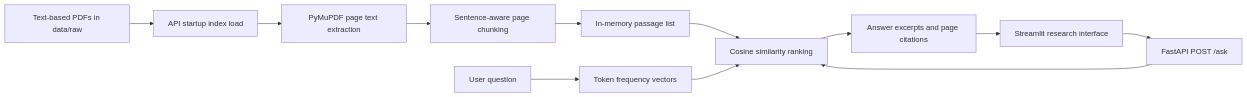
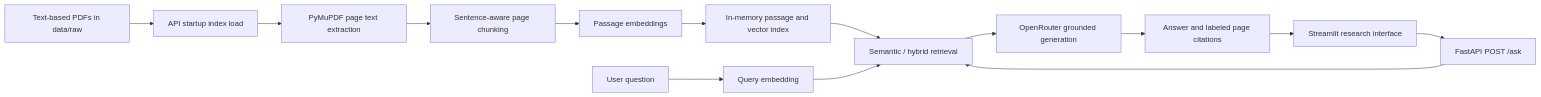
One commit to Nirrmitt/niyam-regulatory-intelligence changed the diagram in README.md. Above: the diagram before and after it, drawn with Mermaid. The commit also changed other lines of this file and 10 other files, not shown here.

````diff
--- a/README.md
+++ b/README.md
@@ -49,14 +50,16 @@
 ```mermaid
 flowchart LR
     PDF[Text-based PDFs in data/raw] --> START[API startup index load]
     START --> EXTRACT[PyMuPDF page text extraction]
     EXTRACT --> SPLIT[Sentence-aware page chunking]
-    SPLIT --> MEM[In-memory passage list]
-    Q[User question] --> TERMS[Token frequency vectors]
-    MEM --> COS[Cosine similarity ranking]
-    TERMS --> COS
-    COS --> RESP[Answer excerpts and page citations]
+    SPLIT --> EMBED[Passage embeddings]
+    EMBED --> MEM[In-memory passage and vector index]
+    Q[User question] --> QEMBED[Query embedding]
+    MEM --> RETRIEVE[Semantic / hybrid retrieval]
+    QEMBED --> RETRIEVE
+    RETRIEVE --> GENERATE[OpenRouter grounded generation]
+    GENERATE --> RESP[Answer and labeled page citations]
     RESP --> UI[Streamlit research interface]
     UI --> API[FastAPI POST /ask]
-    API --> COS
+    API --> RETRIEVE
 ```
````
